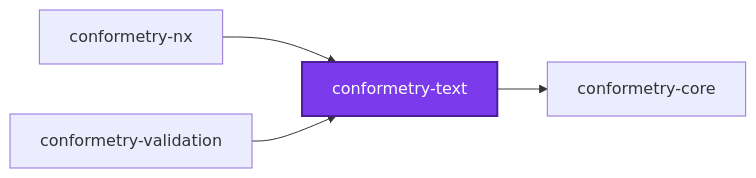
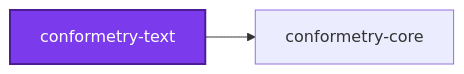
The first of 3 diagrams in packages/conformetry-text/README.md (JimmyPaolini/codebase), drawn with Mermaid before and after one commit. The commit also changed 32 other files, not shown here.

````diff
--- a/packages/conformetry-text/README.md
+++ b/packages/conformetry-text/README.md
@@ -107,12 +107,8 @@
 ```mermaid
 graph LR
   conformetry_core["conformetry-core"]
-  conformetry_nx["conformetry-nx"]
   conformetry_text["conformetry-text"]
-  conformetry_validation["conformetry-validation"]
-  conformetry_nx --> conformetry_text
   conformetry_text --> conformetry_core
-  conformetry_validation --> conformetry_text
   classDef subject fill:#7c3aed,color:#fff,stroke:#4c1d95,stroke-width:2px
   class conformetry_text subject
 ```
````
